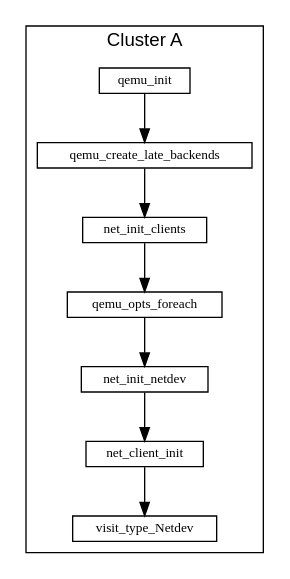
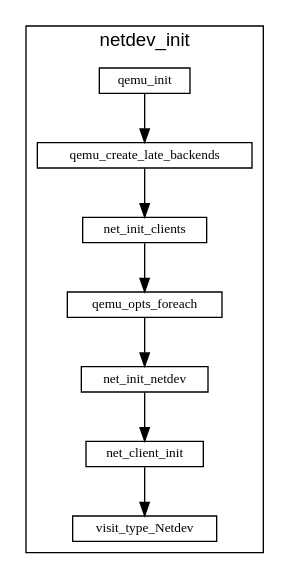
The diagram in qemu/qemu vhost_user的初始化逻辑.md (sisyphus1212/note), drawn with Graphviz before and after one commit.

Commit message:
auto_update

````diff
--- a/qemu/qemu vhost_user的初始化逻辑.md
+++ b/qemu/qemu vhost_user的初始化逻辑.md
@@ -13,20 +13,20 @@
 ```graphviz
 digraph {
 fontname="Helvetica,Arial,sans-serif"
 //node [fontname="Helvetica,Arial,sans-serif"]
 //edge [fontname="Helvetica,Arial,sans-serif"]
 //rankdir="LR"
 node [fontsize=10, shape=record, height=0.25]
 edge [fontsize=10]
   subgraph netdev_init {
-    label="Cluster A";
+    label="netdev_init";
     cluster=true;
     qemu_init -> qemu_create_late_backends
               -> net_init_clients
               -> qemu_opts_foreach
               -> net_init_netdev
               -> net_client_init
               -> visit_type_Netdev
   }
 }
 ```
````
